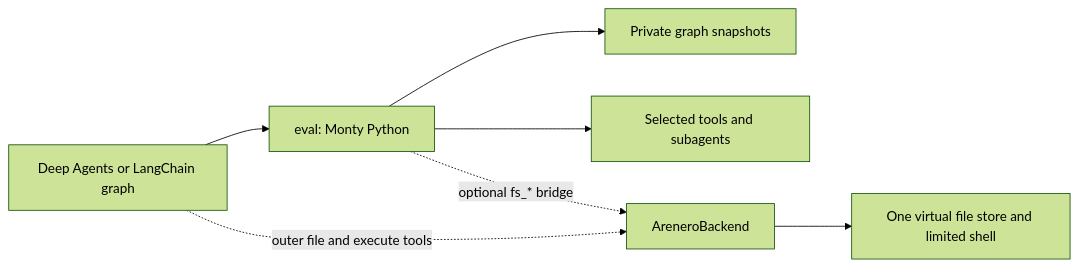
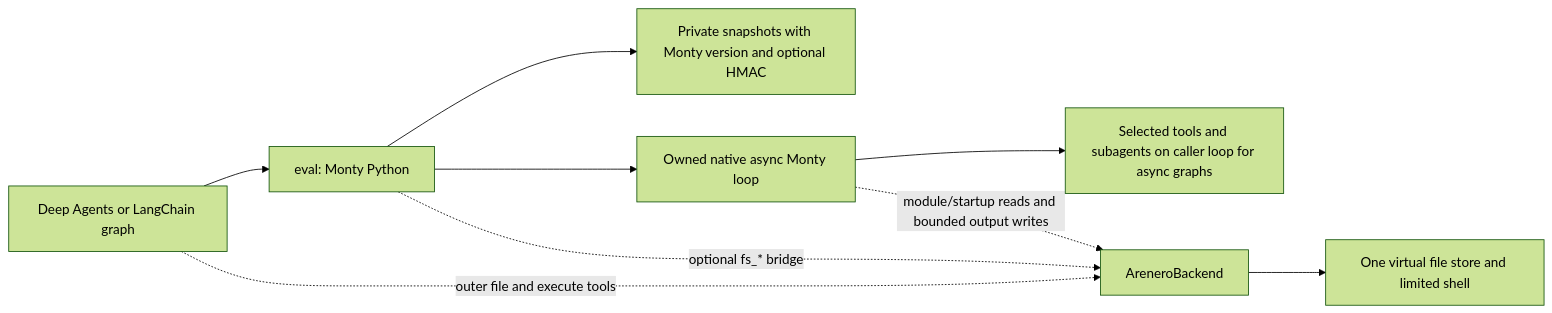
Before and after one commit to sgaseretto/arenero: the fourth of 4 diagrams in README.md, drawn with Mermaid (forest theme). The commit also changed other lines of this file and 16 other files, not shown here.

````diff
--- a/README.md
+++ b/README.md
@@ -591,9 +597,11 @@
 ```mermaid
 flowchart LR
     Graph["Deep Agents or LangChain graph"] --> Eval["eval: Monty Python"]
-    Eval --> State["Private graph snapshots"]
-    Eval --> Tools["Selected tools and subagents"]
+    Eval --> State["Private snapshots with Monty version and optional HMAC"]
+    Eval --> Monty["Owned native async Monty loop"]
+    Monty --> Tools["Selected tools and subagents on caller loop for async graphs"]
     Eval -. "optional fs_* bridge" .-> Backend["AreneroBackend"]
+    Monty -. "module/startup reads and bounded output writes" .-> Backend
     Graph -. "outer file and execute tools" .-> Backend
     Backend --> Files["One virtual file store and limited shell"]
 ```
````
